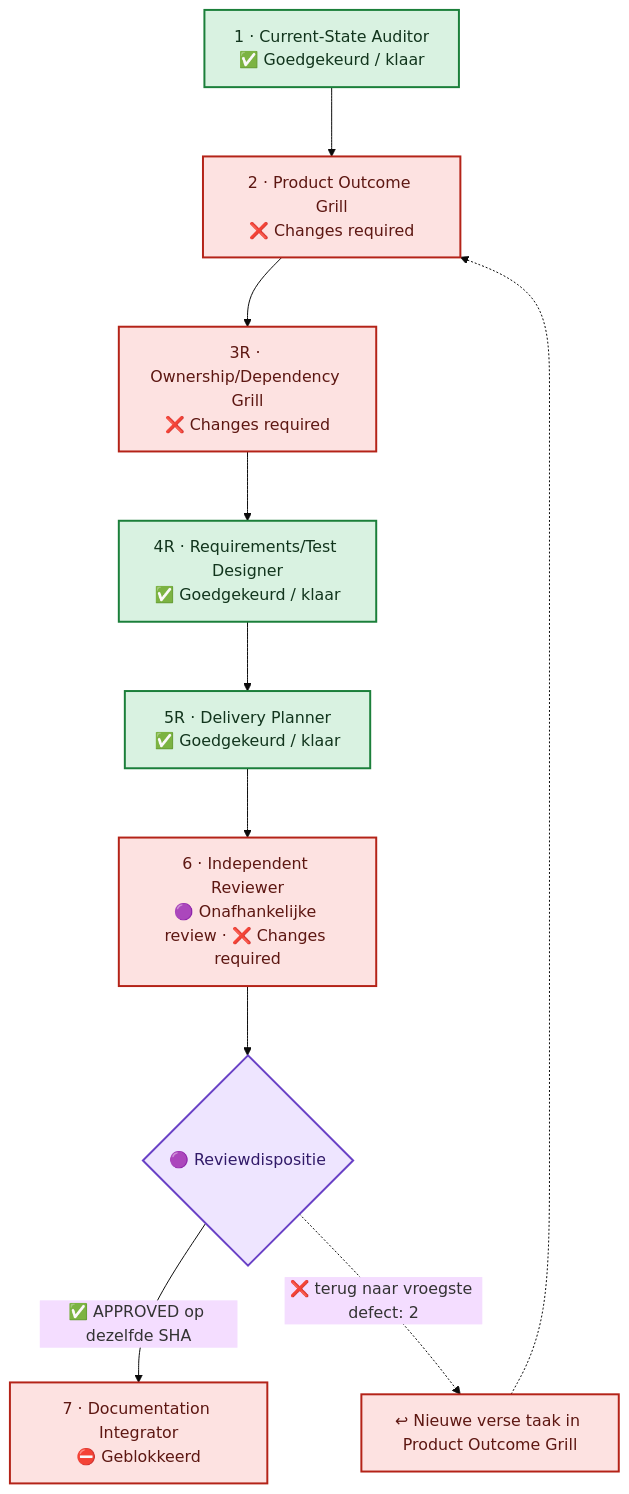
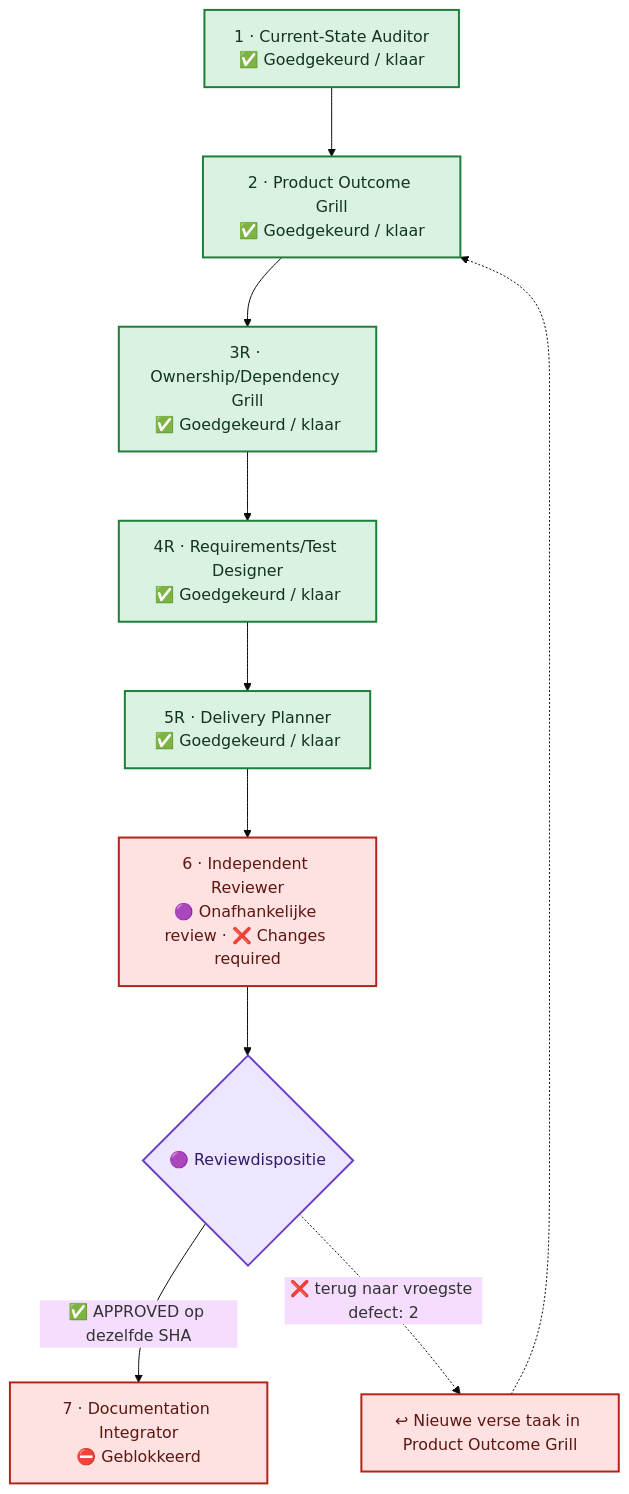
The diagram in flow.mmd (Jandesch91/n1-bioforge-requirements-cockpit), drawn with Mermaid (base theme) before and after one commit. The commit also changed 4 other files, not shown here.

```diff
--- a/flow.mmd
+++ b/flow.mmd
@@ -1,32 +1,32 @@
 %%{init: {"flowchart": {"curve": "basis", "nodeSpacing": 60, "rankSpacing": 70, "htmlLabels": true}}}%%
 flowchart TB
     %% A vertical main lane prevents crossing arrows. The review return uses one side lane.
     phase_1["1 · Current-State Auditor<br/>✅ Goedgekeurd / klaar"]
-    phase_2["2 · Product Outcome Grill<br/>❌ Changes required"]
-    phase_3r["3R · Ownership/Dependency Grill<br/>❌ Changes required"]
+    phase_2["2 · Product Outcome Grill<br/>✅ Goedgekeurd / klaar"]
+    phase_3r["3R · Ownership/Dependency Grill<br/>✅ Goedgekeurd / klaar"]
     phase_4r["4R · Requirements/Test Designer<br/>✅ Goedgekeurd / klaar"]
     phase_5r["5R · Delivery Planner<br/>✅ Goedgekeurd / klaar"]
     phase_6["6 · Independent Reviewer<br/>🟣 Onafhankelijke review · ❌ Changes required"]
     phase_7["7 · Documentation Integrator<br/>⛔ Geblokkeerd"]
     phase_1 --> phase_2 --> phase_3r --> phase_4r --> phase_5r --> phase_6
     review_decision{"🟣 Reviewdispositie"}
     phase_6 --> review_decision
     review_decision -->|"✅ APPROVED op dezelfde SHA"| phase_7
     review_decision -.->|"❌ terug naar vroegste defect: 2"| return_lane["↩ Nieuwe verse taak in Product Outcome Grill"]
     return_lane -.-> phase_2
     classDef approved fill:#D9F2E1,stroke:#1B7F3A,color:#12351D,stroke-width:2px
     classDef inprogress fill:#DCEBFF,stroke:#2463A6,color:#12304F,stroke-width:2px
     classDef human fill:#FFF2BF,stroke:#A66B00,color:#4D3300,stroke-width:2px
     classDef changes fill:#FDE2E1,stroke:#B42318,color:#5D1712,stroke-width:2px
     classDef blocked fill:#FDE2E1,stroke:#B42318,color:#5D1712,stroke-width:2px
     classDef notstarted fill:#F2F4F7,stroke:#667085,color:#344054,stroke-width:2px
     classDef review fill:#EEE5FF,stroke:#6941C6,color:#321B69,stroke-width:2px
     class phase_1 approved
-    class phase_2 changes
-    class phase_3r changes
+    class phase_2 approved
+    class phase_3r approved
     class phase_4r approved
     class phase_5r approved
     class phase_6 changes
     class phase_7 blocked
     class return_lane blocked
     class review_decision review
```
